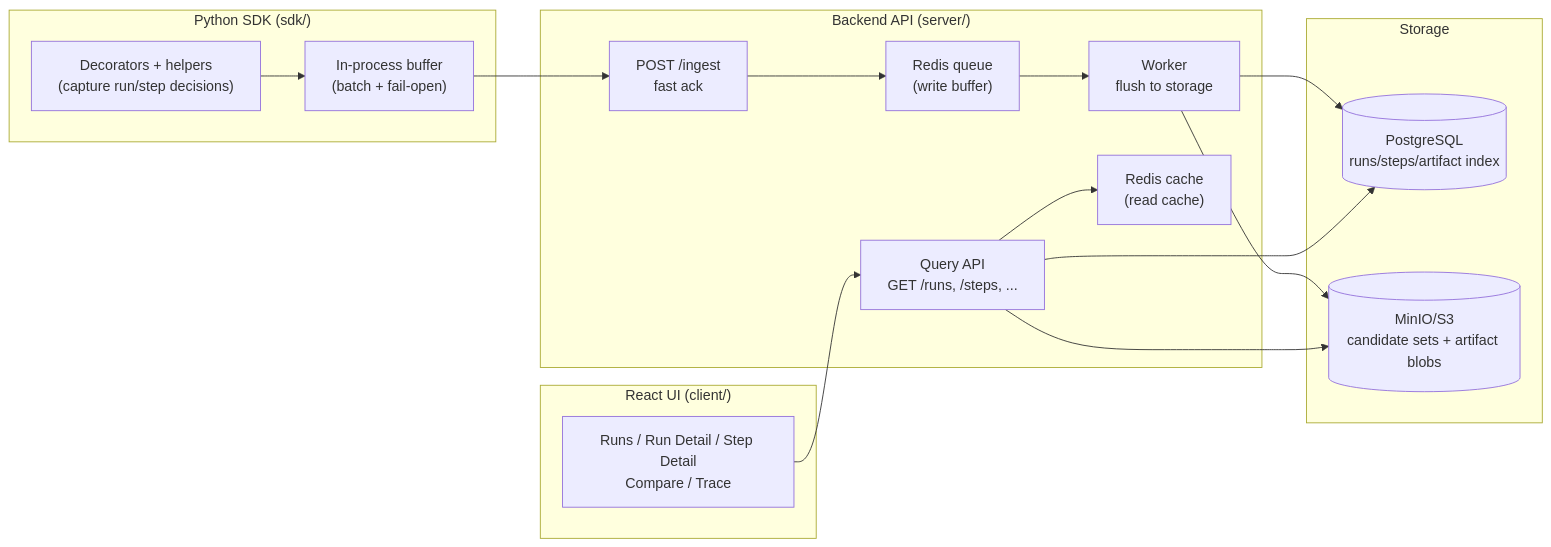
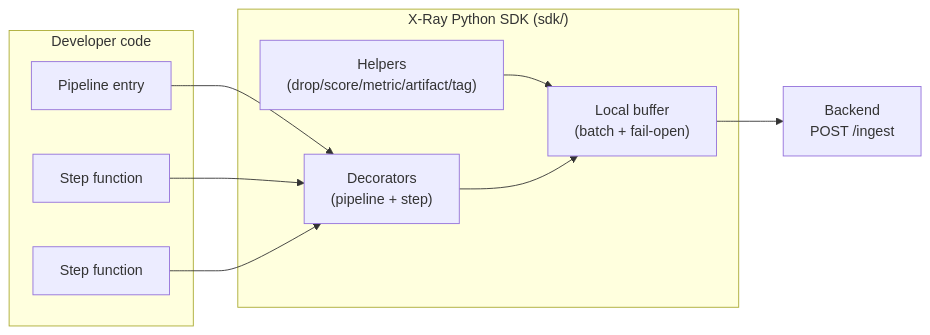
Before and after one commit to DeepakSilaych/ZenRay: the first of 3 diagrams in ARCHITECTURE.md, drawn with Mermaid. The commit also changed other lines of this file, not shown here.

````diff
--- a/ARCHITECTURE.md
+++ b/ARCHITECTURE.md
@@ -9,32 +13,22 @@
 ```mermaid
 flowchart LR
-  subgraph SDK["Python SDK (sdk/)"]
-    A["Decorators + helpers\n(capture run/step decisions)"]
-    B["In-process buffer\n(batch + fail-open)"]
+  subgraph App["Developer code"]
+    P["Pipeline entry"]
+    S1["Step function"]
+    S2["Step function"]
   end
 
-  subgraph Backend["Backend API (server/)"]
-    C["POST /ingest\nfast ack"]
-    D["Redis queue\n(write buffer)"]
-    E["Worker\nflush to storage"]
-    F["Query API\nGET /runs, /steps, ..."]
-    G["Redis cache\n(read cache)"]
+  subgraph SDK["X-Ray Python SDK (sdk/)"]
+    D["Decorators\n(pipeline + step)"]
+    H["Helpers\n(drop/score/metric/artifact/tag)"]
+    Q["Local buffer\n(batch + fail-open)"]
   end
 
-  subgraph Storage["Storage"]
-    P[("PostgreSQL\nruns/steps/artifact index")]
-    S[("MinIO/S3\ncandidate sets + artifact blobs")]
-  end
+  I["Backend\nPOST /ingest"]
 
-  subgraph UI["React UI (client/)"]
-    U["Runs / Run Detail / Step Detail\nCompare / Trace"]
-  end
-
-  A --> B --> C --> D --> E
-  E --> P
-  E --> S
-  U --> F
-  F --> G
-  F --> P
-  F --> S
+  P --> D
+  S1 --> D
+  S2 --> D
+  H --> Q
+  D --> Q --> I
 ```
````
